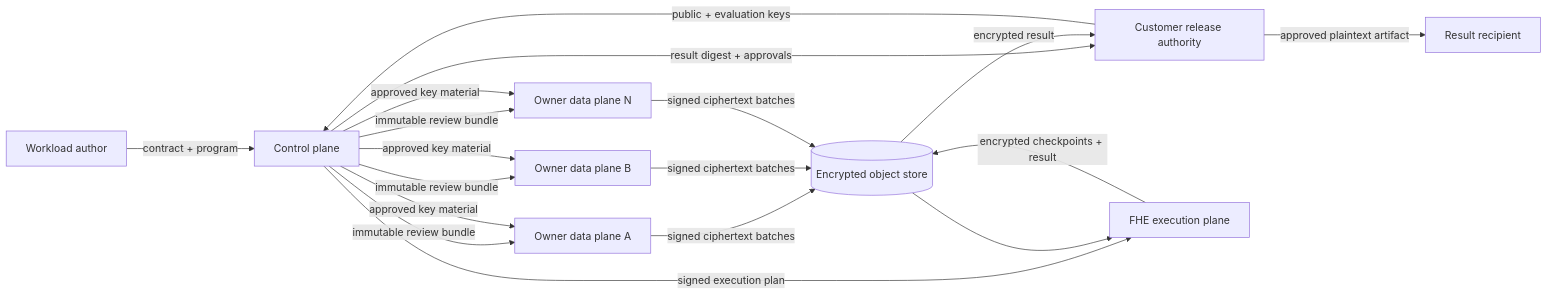
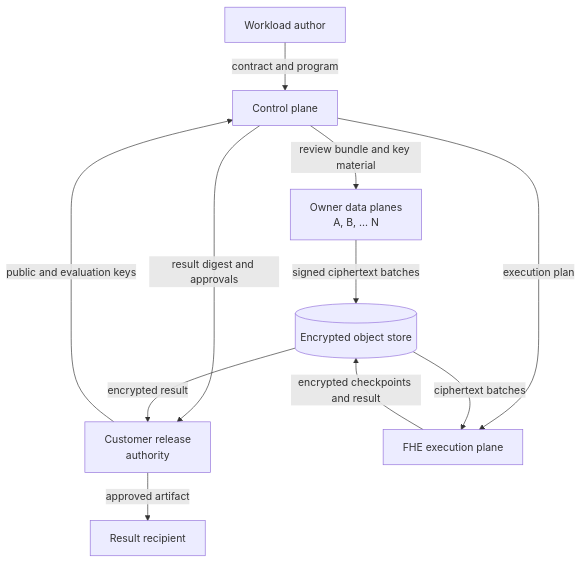
Before and after one commit to p-tequila/ftpz: the diagram in product-architecture.md, drawn with Mermaid.

Commit message:
docs: fix architecture diagram layout

````diff
--- a/product-architecture.md
+++ b/product-architecture.md
@@ -46,23 +46,13 @@
 ```mermaid
-flowchart LR
-    WA[Workload author] -->|contract + program| CP[Control plane]
-    CP -->|immutable review bundle| DP1[Owner data plane A]
-    CP -->|immutable review bundle| DP2[Owner data plane B]
-    CP -->|immutable review bundle| DPN[Owner data plane N]
-
-    KA[Customer release authority] -->|public + evaluation keys| CP
-    CP -->|approved key material| DP1
-    CP -->|approved key material| DP2
-    CP -->|approved key material| DPN
-
-    DP1 -->|signed ciphertext batches| ES[(Encrypted object store)]
-    DP2 -->|signed ciphertext batches| ES
-    DPN -->|signed ciphertext batches| ES
-
-    CP -->|signed execution plan| EP[FHE execution plane]
-    ES --> EP
-    EP -->|encrypted checkpoints + result| ES
-    CP -->|result digest + approvals| KA
+flowchart TB
+    WA[Workload author] -->|contract and program| CP[Control plane]
+    KA[Customer release<br/>authority] -->|public and evaluation keys| CP
+    CP -->|review bundle and key material| DP[Owner data planes<br/>A, B, ... N]
+    DP -->|signed ciphertext batches| ES[(Encrypted object store)]
+    CP -->|execution plan| EP[FHE execution plane]
+    ES -->|ciphertext batches| EP
+    EP -->|encrypted checkpoints and result| ES
+    CP -->|result digest and approvals| KA
     ES -->|encrypted result| KA
-    KA -->|approved plaintext artifact| RR[Result recipient]
+    KA -->|approved artifact| RR[Result recipient]
 ```
````
